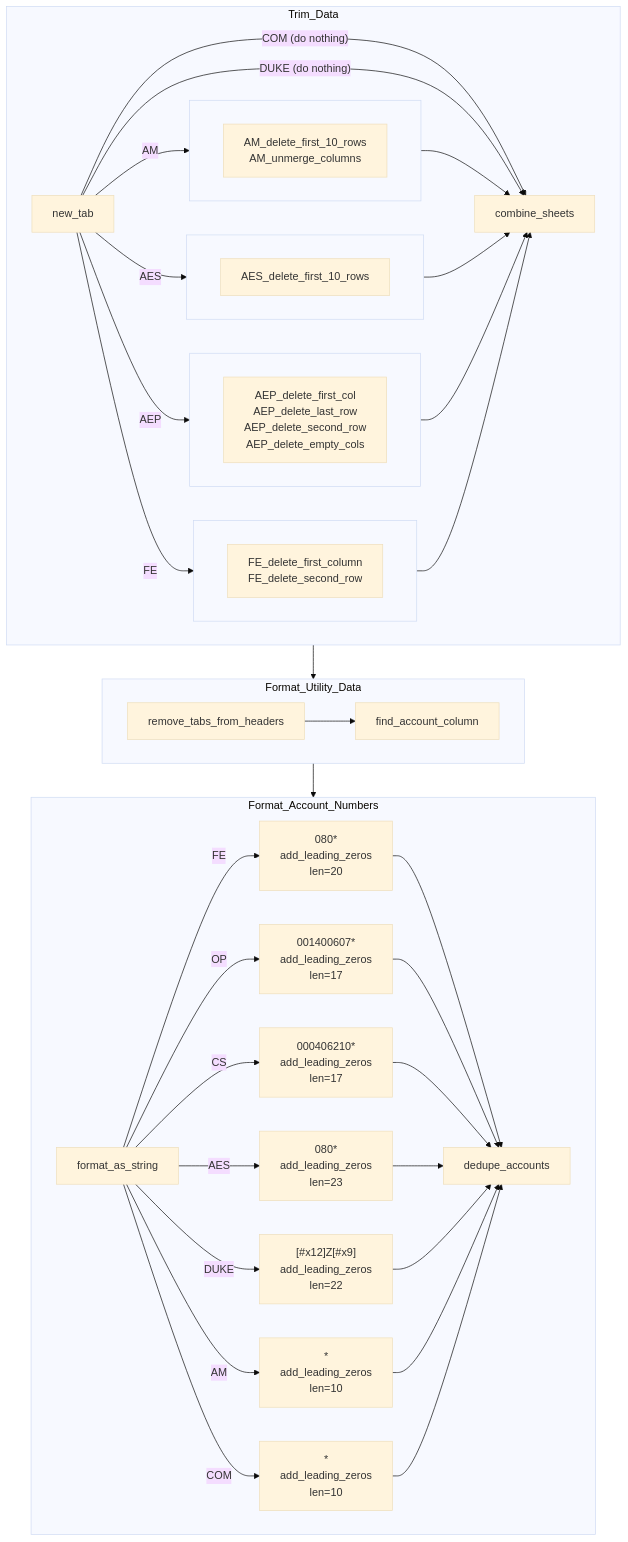
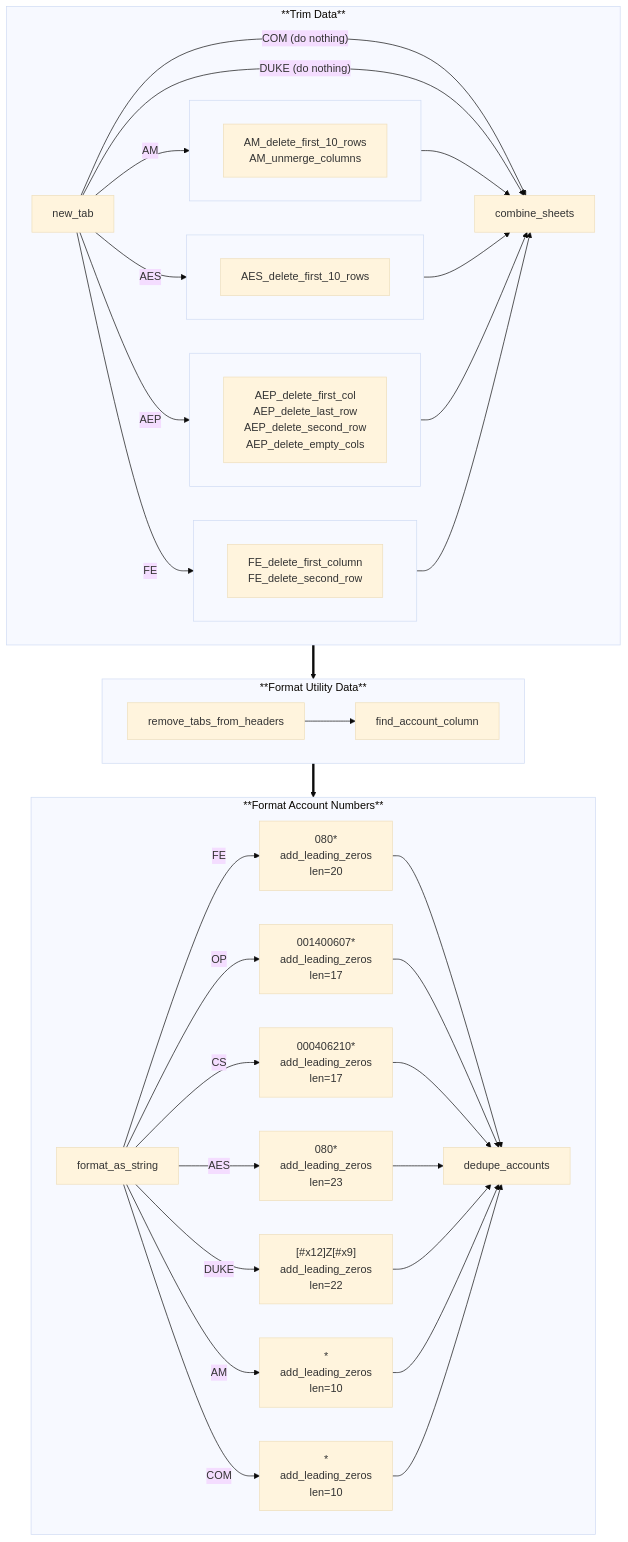
The third of 3 diagrams in DIAGRAMS.md (vistra-muniagg/List-Management-Tool), drawn with Mermaid (base theme) before and after one commit. The commit also changed other lines of this file, not shown here.

Commit message:
Refactor diagram labels in DIAGRAMS.md
Updated diagram labels for clarity and consistency.

````diff
--- a/DIAGRAMS.md
+++ b/DIAGRAMS.md
@@ -74,70 +73,70 @@
 ```mermaid
 
 graph TD
 
-    subgraph Trim_Data
+    subgraph Trim_Data["**Trim Data**"]
     direction LR
         AM --> combine_sheets
         AES --> combine_sheets
         AEP --> combine_sheets
         %%COM --> combine_sheets
         %%DUKE --> combine_sheets
         FE --> combine_sheets
         %%AM---AEP---AES---COM---DUKE---FE
         new_tab -->|"AM"| AM
         new_tab -->|"AEP"| AEP
         new_tab -->|"AES"| AES
         new_tab -->|"COM (do nothing)"| combine_sheets
         new_tab -->|"DUKE (do nothing)"| combine_sheets
         new_tab -->|"FE"| FE
 
     end
 
     subgraph AEP[" "]
     direction LR
         trim_AEP["AEP_delete_first_col<br>AEP_delete_last_row<br>AEP_delete_second_row<br>AEP_delete_empty_cols"]
     end
 
     subgraph AES[" "]
     direction LR
         trim_AES["AES_delete_first_10_rows"]
     end
 
     subgraph AM[" "]
     direction LR
         trim_AM["AM_delete_first_10_rows<br>AM_unmerge_columns"]
     end
 
     subgraph FE[" "]
     direction LR
         trim_FE["FE_delete_first_column<br>FE_delete_second_row"]
     end
 
-    subgraph Format_Utility_Data
+    subgraph Format_Utility_Data["**Format Utility Data**"]
     direction LR
         remove_tabs_from_headers --> find_account_column
     end
 
-    subgraph Format_Account_Numbers
-    direction LR
+    subgraph Format_Account_Numbers["**Format Account Numbers**"]
+    %%direction LR
         format_as_string -->|"FE"| A["080*<br>add_leading_zeros<br>len=20"]
         format_as_string -->|"OP"| B["001400607*<br>add_leading_zeros<br>len=17"]
         format_as_string -->|"CS"| C["000406210*<br>add_leading_zeros<br>len=17"]
         format_as_string -->|"AES"| D["080*<br>add_leading_zeros<br>len=23"]
         format_as_string -->|"DUKE"| E["[#x12]Z[#x9]<br>add_leading_zeros<br>len=22"]
         format_as_string -->|"AM"| F["*<br>add_leading_zeros<br>len=10"]
         format_as_string -->|"COM"| G["*<br>add_leading_zeros<br>len=10"]
         %%A---B---C---D---E---F---G
         A--> dedupe_accounts
         B--> dedupe_accounts
         C--> dedupe_accounts
         D--> dedupe_accounts
         E--> dedupe_accounts
         F--> dedupe_accounts
         G--> dedupe_accounts
     end
 
-    Trim_Data --> Format_Utility_Data
-    find_account_column --> format_as_string
+    Trim_Data ==> Format_Utility_Data
+    Format_Utility_Data ==> Format_Account_Numbers
 
 ```
````
